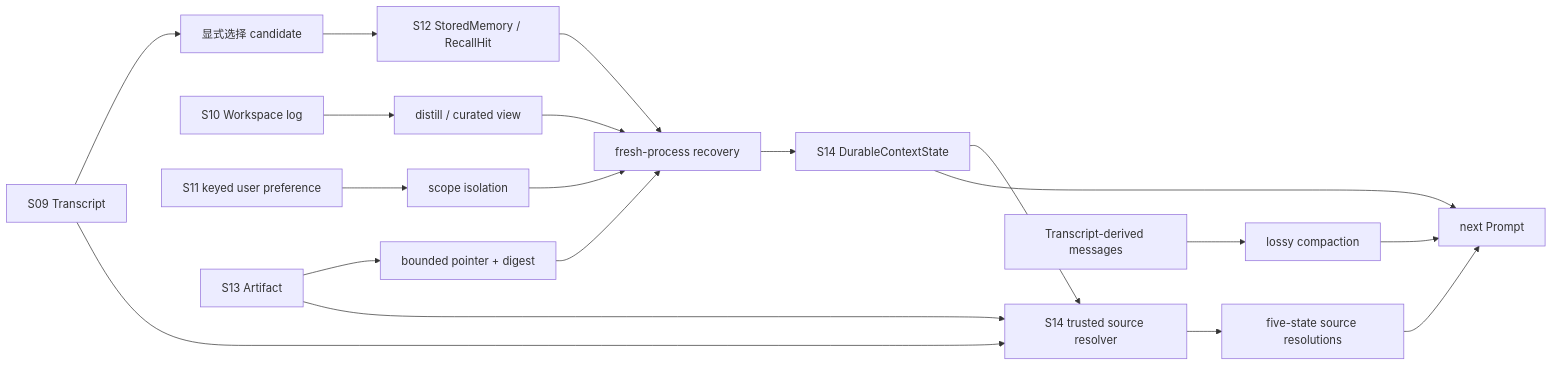
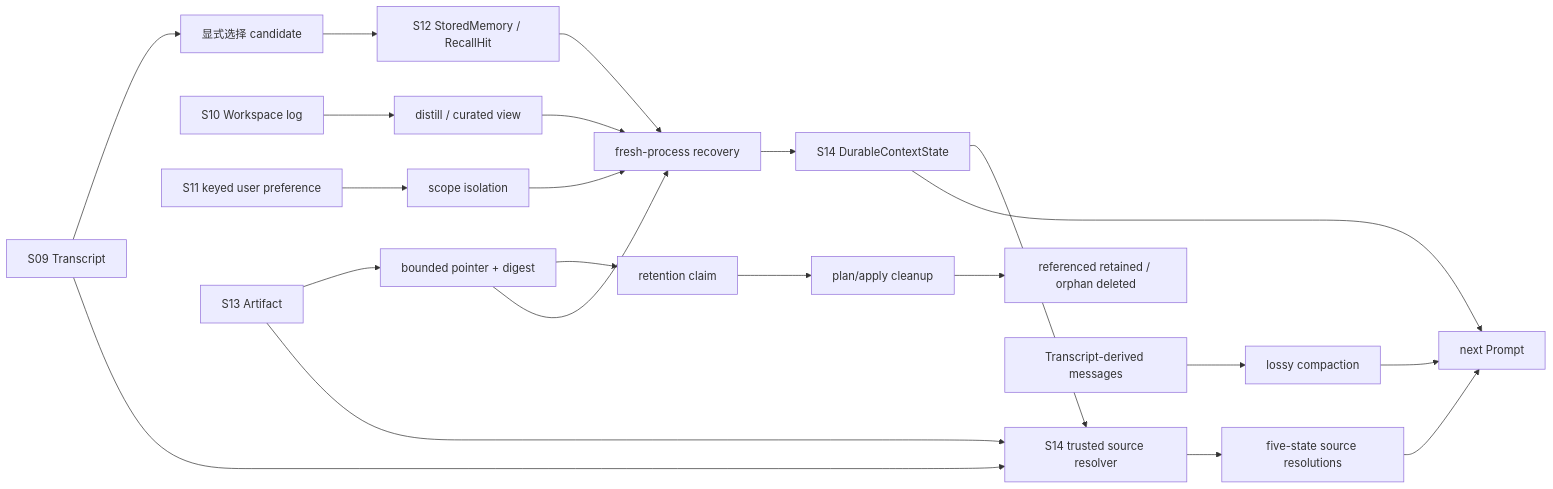
The diagram in examples/layered_memory_walkthrough/README.md (Zenquan/learn-workbuddy), drawn with Mermaid before and after one commit. The commit also changed other lines of this file and 6 other files, not shown here.

````diff
--- a/examples/layered_memory_walkthrough/README.md
+++ b/examples/layered_memory_walkthrough/README.md
@@ -11,21 +11,24 @@
 ```mermaid
 flowchart LR
   T["S09 Transcript"] --> S["显式选择 candidate"]
   S --> R["S12 StoredMemory / RecallHit"]
   W["S10 Workspace log"] --> D["distill / curated view"]
   U["S11 keyed user preference"] --> I["scope isolation"]
   A["S13 Artifact"] --> P["bounded pointer + digest"]
+  P --> L["retention claim"]
+  L --> G["plan/apply cleanup"]
+  G --> K["referenced retained / orphan deleted"]
   R --> F["fresh-process recovery"]
   D --> F
   I --> F
   P --> F
   F --> DS["S14 DurableContextState"]
   T --> V["S14 trusted source resolver"]
   A --> V
   DS --> V
   V --> X["five-state source resolutions"]
   M["Transcript-derived messages"] --> C["lossy compaction"]
   DS --> Q["next Prompt"]
   X --> Q
   C --> Q
 ```
````
